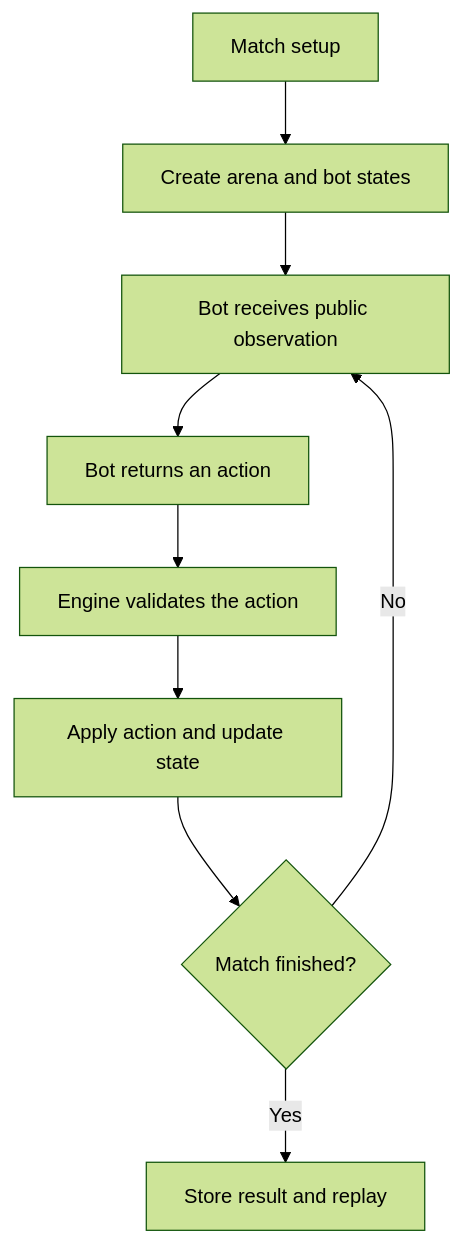
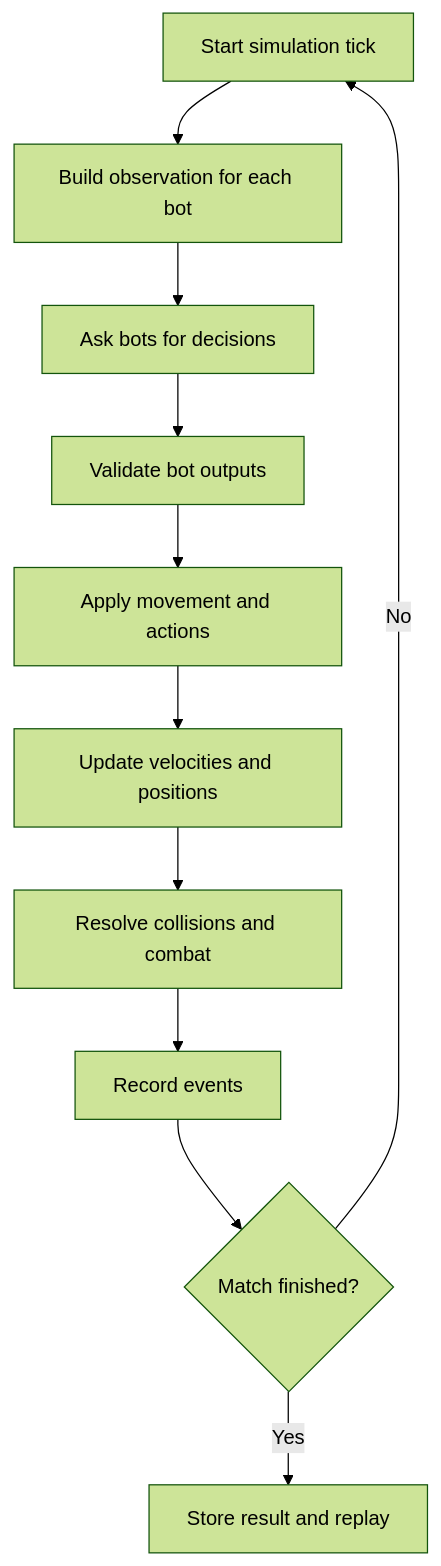
The diagram in README.md (SonicTheLightning/fork-royale), drawn with Mermaid (forest theme) before and after one commit. The commit also changed other lines of this file, not shown here.

````diff
--- a/README.md
+++ b/README.md
@@ -104,11 +99,13 @@
 ```mermaid
 flowchart TD
-    A[Match setup] --> B[Create arena and bot states]
-    B --> C[Bot receives public observation]
-    C --> D[Bot returns an action]
-    D --> E[Engine validates the action]
-    E --> F[Apply action and update state]
-    F --> G{Match finished?}
-    G -->|No| C
-    G -->|Yes| H[Store result and replay]
+    A[Start simulation tick] --> B[Build observation for each bot]
+    B --> C[Ask bots for decisions]
+    C --> D[Validate bot outputs]
+    D --> E[Apply movement and actions]
+    E --> F[Update velocities and positions]
+    F --> G[Resolve collisions and combat]
+    G --> H[Record events]
+    H --> I{Match finished?}
+    I -->|No| A
+    I -->|Yes| J[Store result and replay]
 ```
````
